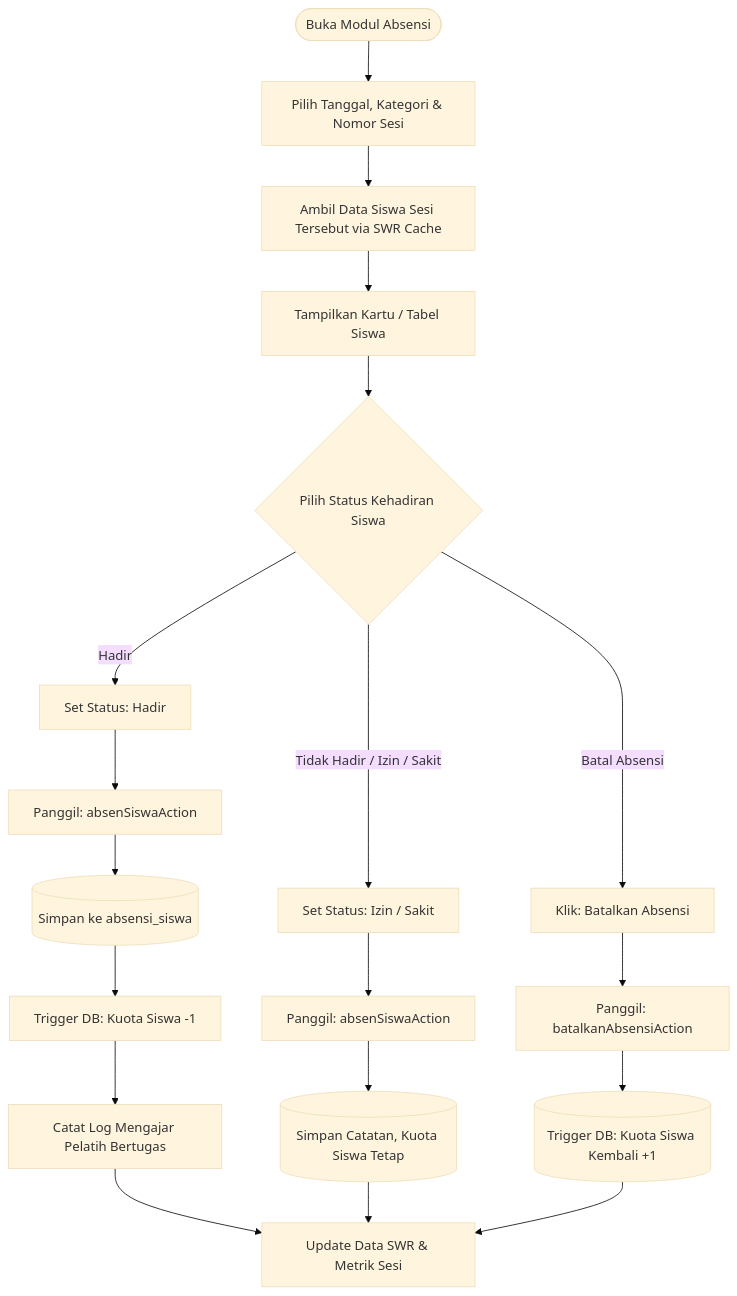
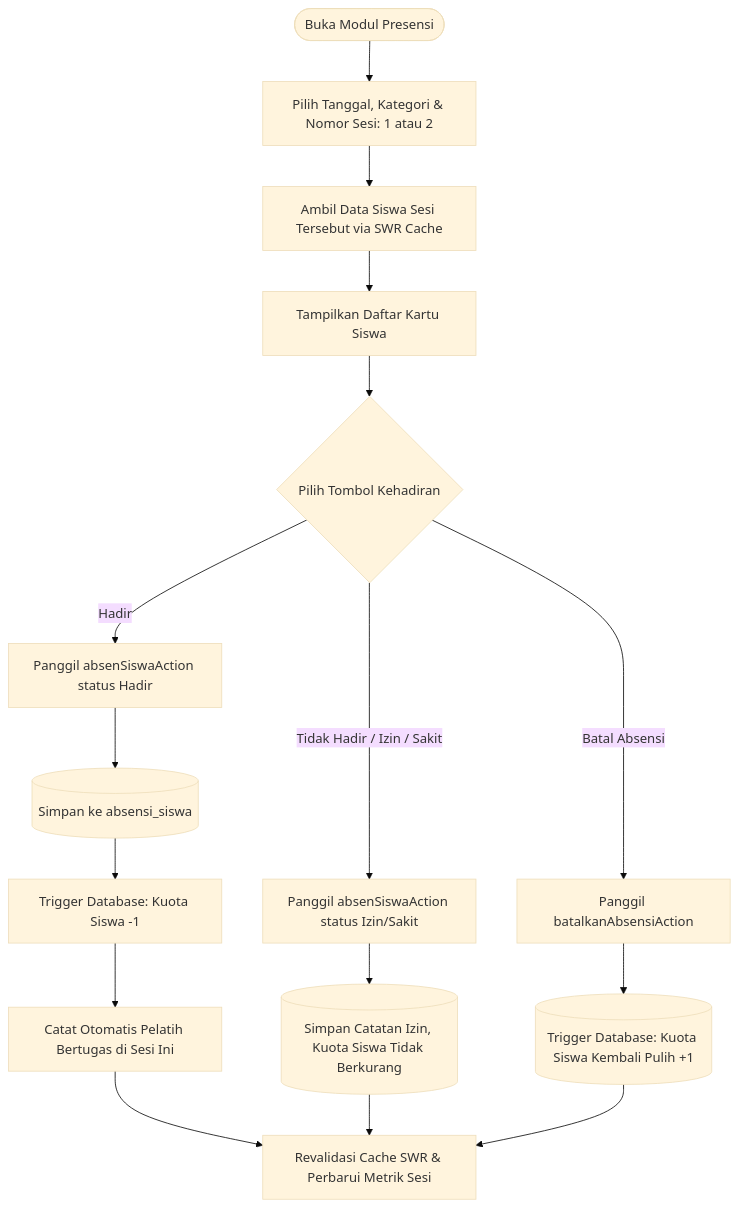
The fifth of 9 diagrams in README.md (skmirwn24-hub/Projek-Kesit), drawn with Mermaid (base theme) before and after one commit. The commit also changed other lines of this file, not shown here.

Commit message:
docs: align flowcharts strictly with implemented features

````diff
--- a/README.md
+++ b/README.md
@@ -256,26 +268,23 @@
 ```mermaid
 flowchart TD
-    Start([Buka Modul Absensi]) --> ChooseFilter[Pilih Tanggal, Kategori & Nomor Sesi]
-    ChooseFilter --> LoadSiswa[Ambil Data Siswa Sesi Tersebut via SWR Cache]
-    LoadSiswa --> DisplayList[Tampilkan Kartu / Tabel Siswa]
+    Start([Buka Modul Presensi]) --> SelectParam[Pilih Tanggal, Kategori & Nomor Sesi: 1 atau 2]
+    SelectParam --> QueryStudents[Ambil Data Siswa Sesi Tersebut via SWR Cache]
+    QueryStudents --> RenderCards[Tampilkan Daftar Kartu Siswa]
     
-    DisplayList --> ClickAttend{Pilih Status Kehadiran Siswa}
+    RenderCards --> ClickStatus{Pilih Tombol Kehadiran}
     
-    ClickAttend -->|Hadir| MarkHadir[Set Status: Hadir]
-    MarkHadir --> CallAbsen[Panggil: absenSiswaAction]
-    CallAbsen --> SaveAbsen[(Simpan ke absensi_siswa)]
-    SaveAbsen --> DeductQuota[Trigger DB: Kuota Siswa -1]
-    DeductQuota --> LogCoachDuty[Catat Log Mengajar Pelatih Bertugas]
+    ClickStatus -->|Hadir| ActionHadir[Panggil absenSiswaAction status Hadir]
+    ActionHadir --> SaveHadir[(Simpan ke absensi_siswa)]
+    SaveHadir --> TriggerDeduct[Trigger Database: Kuota Siswa -1]
+    TriggerDeduct --> LogCoach[Catat Otomatis Pelatih Bertugas di Sesi Ini]
     
-    ClickAttend -->|Tidak Hadir / Izin / Sakit| MarkIzin[Set Status: Izin / Sakit]
-    MarkIzin --> CallAbsenIzin[Panggil: absenSiswaAction]
-    CallAbsenIzin --> SaveAbsenIzin[(Simpan Catatan, Kuota Siswa Tetap)]
+    ClickStatus -->|Tidak Hadir / Izin / Sakit| ActionIzin[Panggil absenSiswaAction status Izin/Sakit]
+    ActionIzin --> SaveIzin[(Simpan Catatan Izin, Kuota Siswa Tidak Berkurang)]
     
-    ClickAttend -->|Batal Absensi| CancelAttend[Klik: Batalkan Absensi]
-    CancelAttend --> CallBatal[Panggil: batalkanAbsensiAction]
-    CallBatal --> RevertQuota[(Trigger DB: Kuota Siswa Kembali +1)]
+    ClickStatus -->|Batal Absensi| ActionBatal[Panggil batalkanAbsensiAction]
+    ActionBatal --> RevertQuota[(Trigger Database: Kuota Siswa Kembali Pulih +1)]
     
-    LogCoachDuty --> RefreshAbsensiUI[Update Data SWR & Metrik Sesi]
-    SaveAbsenIzin --> RefreshAbsensiUI
-    RevertQuota --> RefreshAbsensiUI
+    LogCoach --> RefreshUI[Revalidasi Cache SWR & Perbarui Metrik Sesi]
+    SaveIzin --> RefreshUI
+    RevertQuota --> RefreshUI
 ```
````
